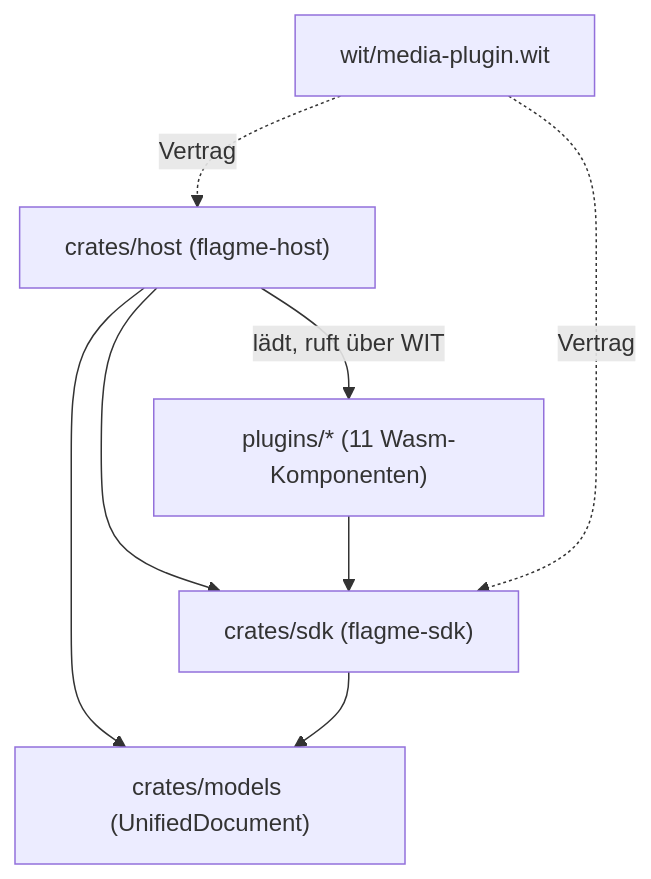
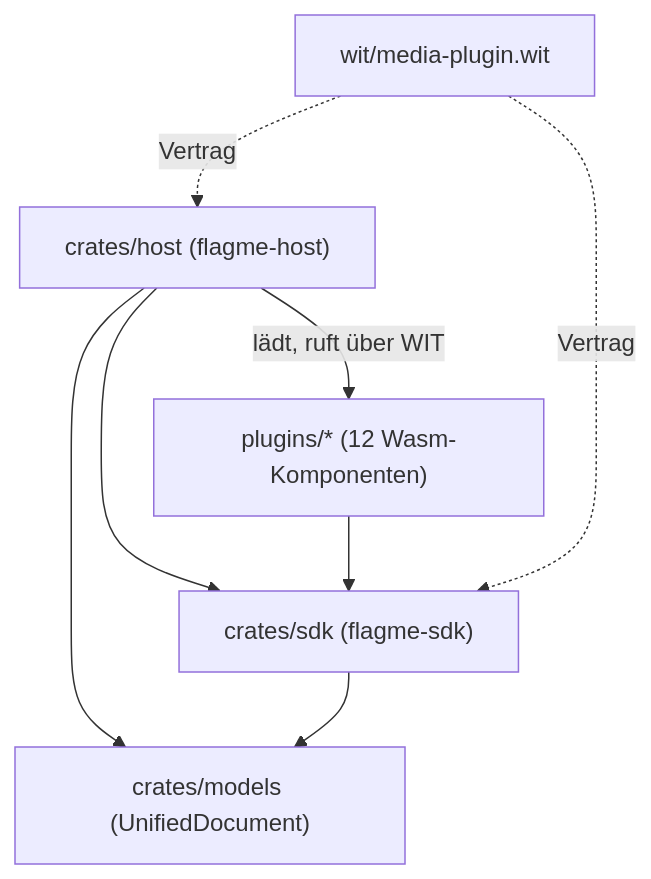
The second of 6 diagrams in docs/arc42.md (Zheng-Bote/wasm_geo-host), drawn with Mermaid before and after one commit. The commit also changed other lines of this file and 76 other files, not shown here.

````diff
--- a/docs/arc42.md
+++ b/docs/arc42.md
@@ -138,10 +139,10 @@
 ```mermaid
 flowchart TB
-    Host["crates/host (flagme-host)"] -->|"lädt, ruft über WIT"| Plugins["plugins/* (11 Wasm-Komponenten)"]
+    Host["crates/host (flagme-host)"] -->|"lädt, ruft über WIT"| Plugins["plugins/* (12 Wasm-Komponenten)"]
     Host --> Models["crates/models (UnifiedDocument)"]
     Host --> SDK["crates/sdk (flagme-sdk)"]
     Plugins --> SDK
     SDK --> Models
     WIT["wit/media-plugin.wit"] -.->|"Vertrag"| Host
     WIT -.->|"Vertrag"| SDK
 ```
````
